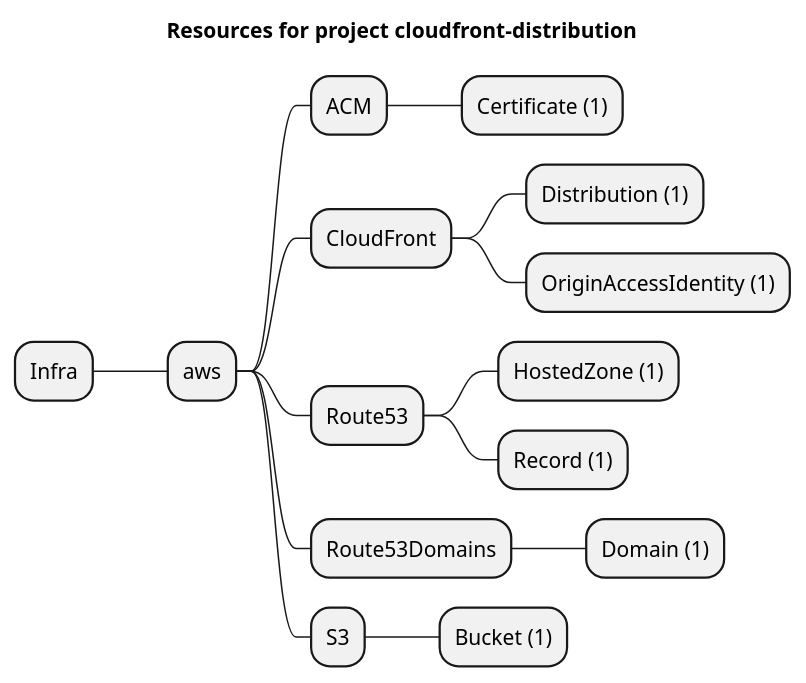
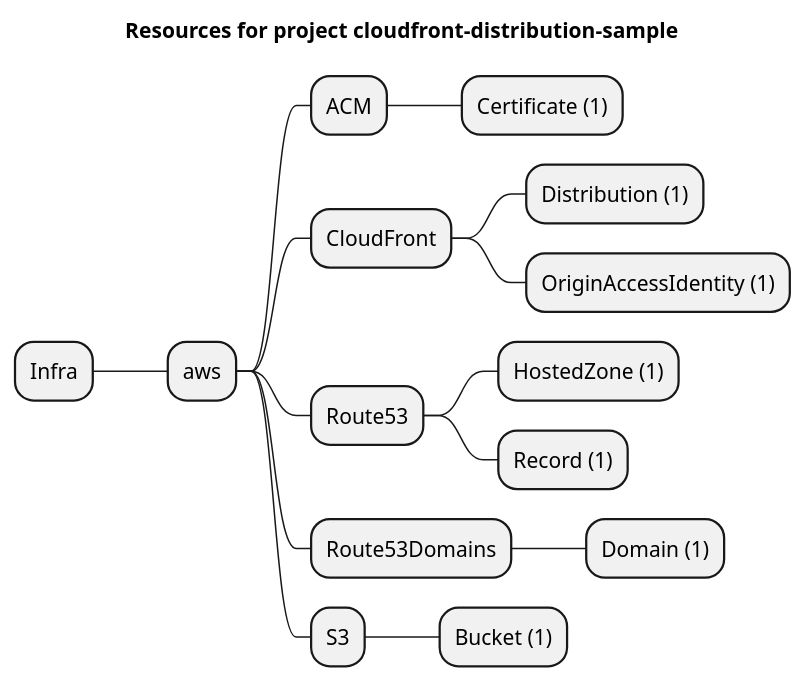
One commit to grucloud/grucloud changed the diagram in examples/aws/CloudFront/cloudfront-distribution/artifacts/resources-mindmap.puml. Above: the diagram before and after it, drawn with PlantUML. The commit also changed 101 other files, not shown here.

```diff
--- a/examples/aws/CloudFront/cloudfront-distribution/artifacts/resources-mindmap.puml
+++ b/examples/aws/CloudFront/cloudfront-distribution/artifacts/resources-mindmap.puml
@@ -1,18 +1,18 @@
 @startmindmap
-title Resources for project cloudfront-distribution
+title Resources for project cloudfront-distribution-sample
 skinparam monochrome true
 + Infra
 ++ aws
 +++ ACM
 ++++ Certificate (1)
 +++ CloudFront
 ++++ Distribution (1)
 ++++ OriginAccessIdentity (1)
 +++ Route53
 ++++ HostedZone (1)
 ++++ Record (1)
 +++ Route53Domains
 ++++ Domain (1)
 +++ S3
 ++++ Bucket (1)
 @endmindmap
```
